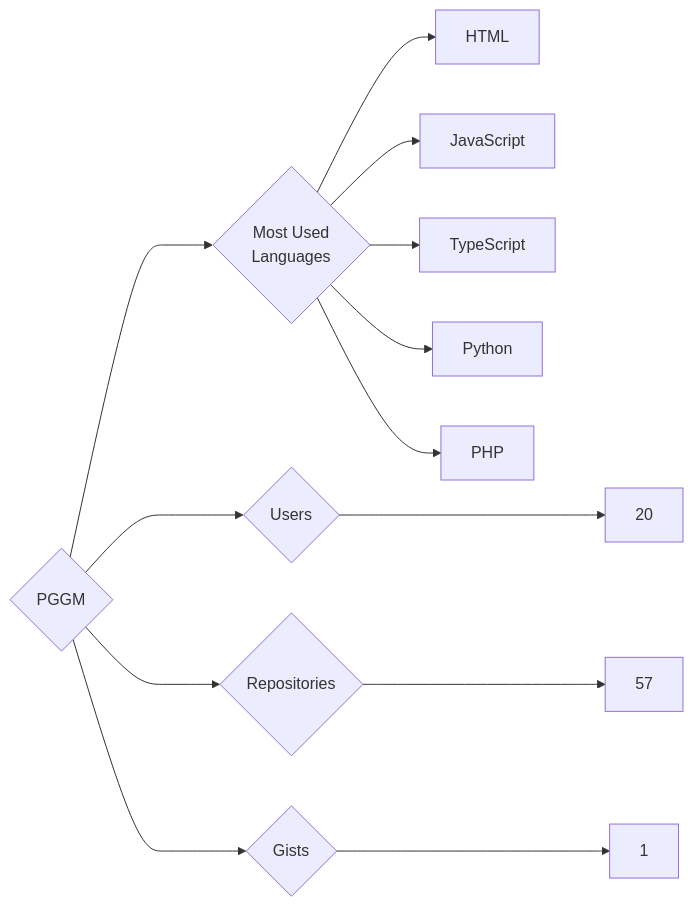
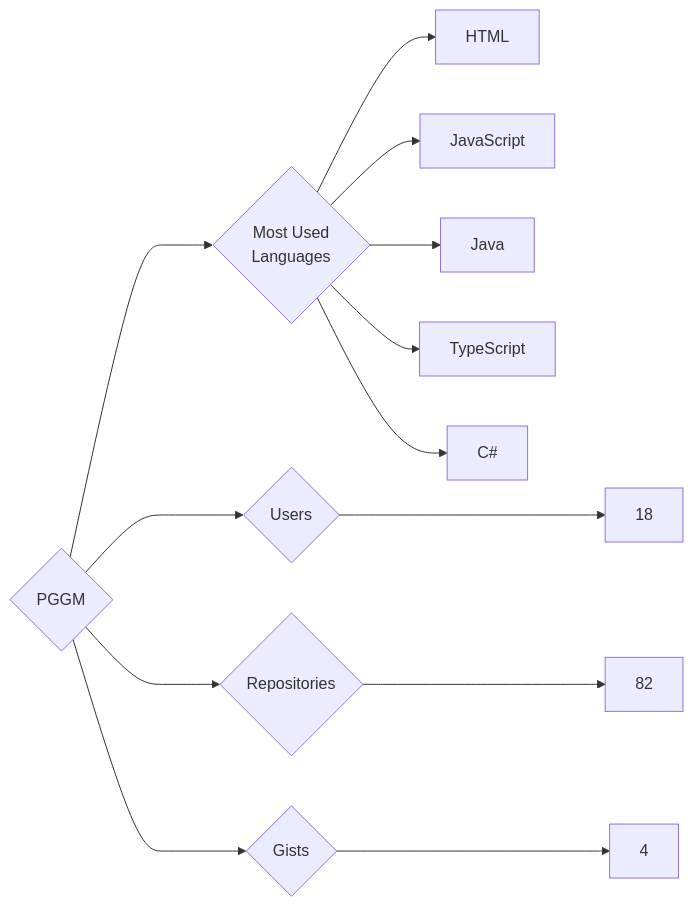
The diagram in targets/PGGM/README.md (trickest/insiders), drawn with Mermaid before and after one commit. The commit also changed 860 other files, not shown here.

````diff
--- a/targets/PGGM/README.md
+++ b/targets/PGGM/README.md
@@ -3,13 +3,13 @@
 ```mermaid
 graph LR
 COMPANY_NAME{PGGM}
-COMPANY_NAME ---> U{Users} ---> UN[20]
-COMPANY_NAME ---> R{Repositories} ---> RN[57]
-COMPANY_NAME ---> G{Gists} ---> GN[1]
+COMPANY_NAME ---> U{Users} ---> UN[18]
+COMPANY_NAME ---> R{Repositories} ---> RN[82]
+COMPANY_NAME ---> G{Gists} ---> GN[4]
 COMPANY_NAME ---> ML{Most Used<br>Languages}
 ML --> HTML[HTML]
 ML --> JavaScript[JavaScript]
+ML --> Java[Java]
 ML --> TypeScript[TypeScript]
-ML --> Python[Python]
-ML --> PHP[PHP]
+ML --> C#[C#]
 ```
````
